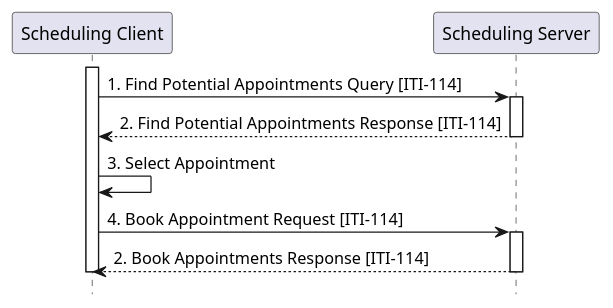
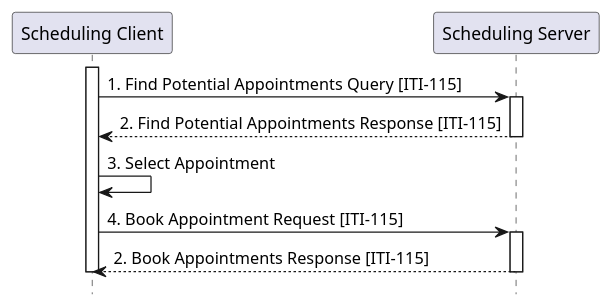
The diagram in input/images-source/usecase1-processflow.plantuml (IHE/ITI.Scheduling), drawn with PlantUML before and after one commit. The commit also changed 12 other files, not shown here.

```diff
--- a/input/images-source/usecase1-processflow.plantuml
+++ b/input/images-source/usecase1-processflow.plantuml
@@ -1,23 +1,23 @@
 @startuml usecase1-processflow
 skinparam svgDimensionStyle false
 hide footbox
 
 participant "Scheduling Client" as Client
 participant "Scheduling Server" as Server
 
 activate "Client"
-"Client" -> "Server" : 1. Find Potential Appointments Query [ITI-114]
+"Client" -> "Server" : 1. Find Potential Appointments Query [ITI-115]
 
 activate "Server"
-"Server" --> "Client" : 2. Find Potential Appointments Response [ITI-114]
+"Server" --> "Client" : 2. Find Potential Appointments Response [ITI-115]
 deactivate "Server"
 
 "Client" -> "Client" : 3. Select Appointment
-"Client" -> "Server" : 4. Book Appointment Request [ITI-114]
+"Client" -> "Server" : 4. Book Appointment Request [ITI-115]
 
 Activate "Server"
-"Server" --> "Client" : 2. Book Appointments Response [ITI-114]
+"Server" --> "Client" : 2. Book Appointments Response [ITI-115]
 deactivate "Server"
 
 deactivate "Client"
 @enduml
```
